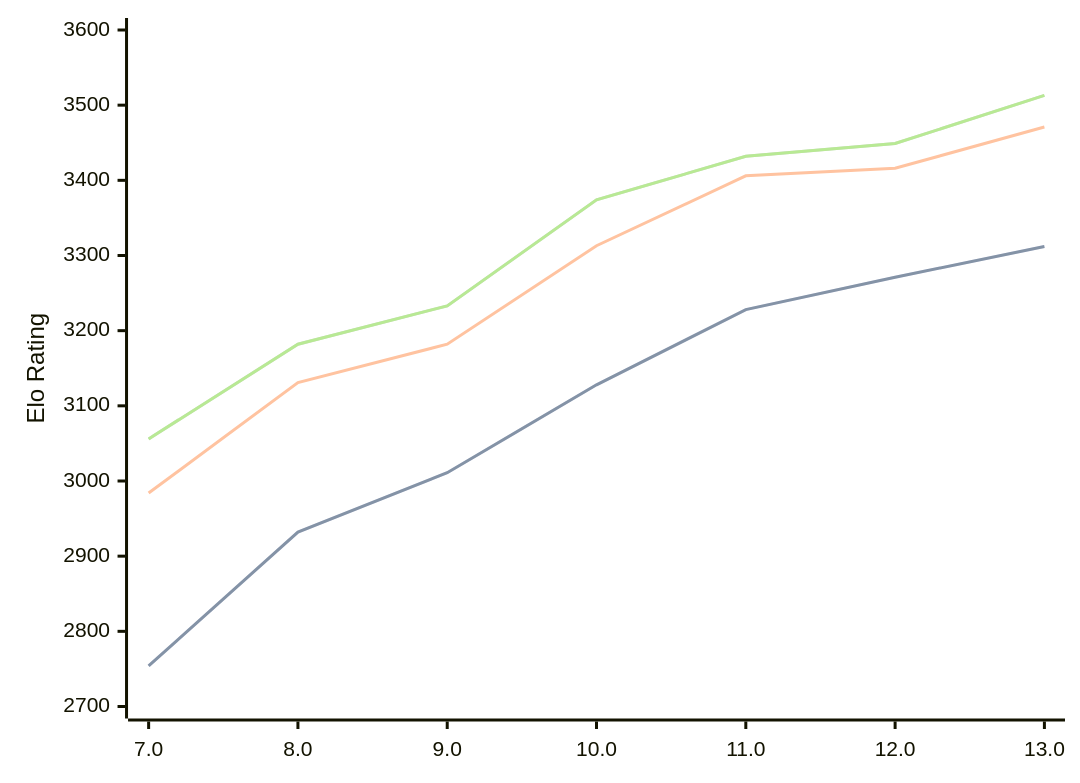
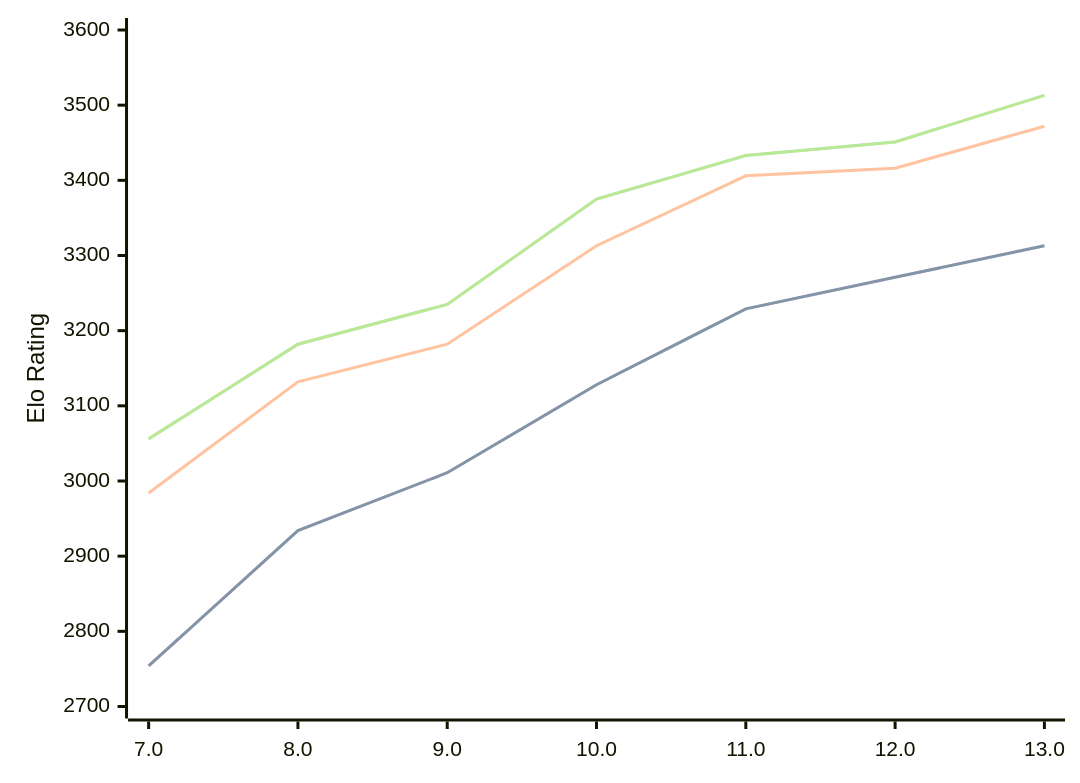
One commit to computer-chess-index/cci changed the diagram in engines/Tcheran.md. Above: the diagram before and after it, drawn with Mermaid. The commit also changed other lines of this file, not shown here.

Commit message:
Update CCI Ratings (ELO VLTC) - 2026-08-05

````diff
--- a/engines/Tcheran.md
+++ b/engines/Tcheran.md
@@ -51,11 +51,11 @@
 ```mermaid
 %%{init: {"theme":"base","themeVariables":{"seriesColors:['#a3a3a3','#222221','#faa371']}}}%%
 xychart-beta
   x-axis ["7.0", "8.0", "9.0", "10.0", "11.0", "12.0", "13.0"]
   y-axis "Elo Rating" 2700 --> 3600
-  line "STC (8.0+0.08s)" [2754, 2932, 3011, 3128, 3228, 3271, 3312]
-  line "STC (8.0+0.08s)" [2754, 2932, 3011, 3128, 3228, 3271, 3312]
-  line "LTC (60.0+0.60s)" [2984, 3131, 3182, 3313, 3406, 3416, 3471]
-  line "VLTC (2m24s+1.12s)" [3056, 3182, 3233, 3374, 3432, 3449, 3513]
-  line "VLTC (2m24s+1.12s)" [3056, 3182, 3233, 3374, 3432, 3449, 3513]
+  line "STC (8.0+0.08s)" [2754, 2934, 3011, 3128, 3229, 3271, 3313]
+  line "STC (8.0+0.08s)" [2754, 2934, 3011, 3128, 3229, 3271, 3313]
+  line "LTC (60.0+0.60s)" [2984, 3132, 3182, 3313, 3406, 3416, 3472]
+  line "VLTC (2m24s+1.12s)" [3056, 3182, 3235, 3375, 3433, 3451, 3513]
+  line "VLTC (2m24s+1.12s)" [3056, 3182, 3235, 3375, 3433, 3451, 3513]
 ```
````
